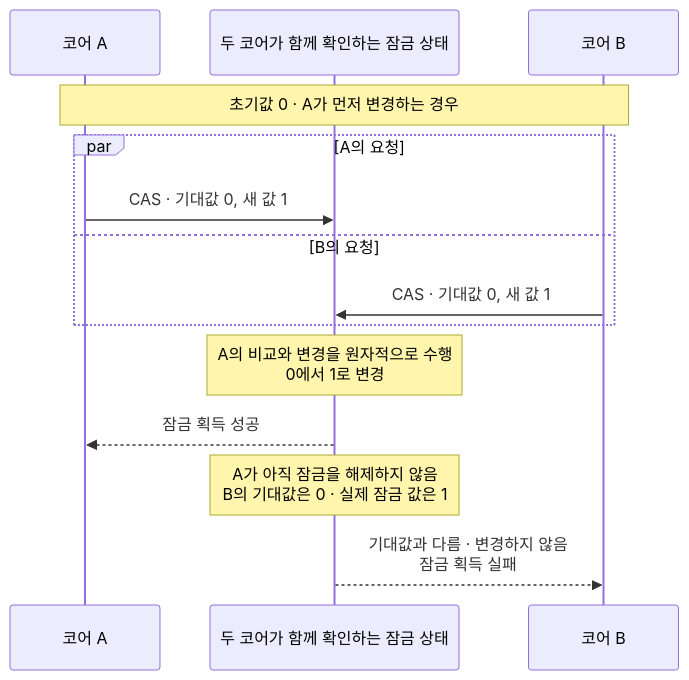
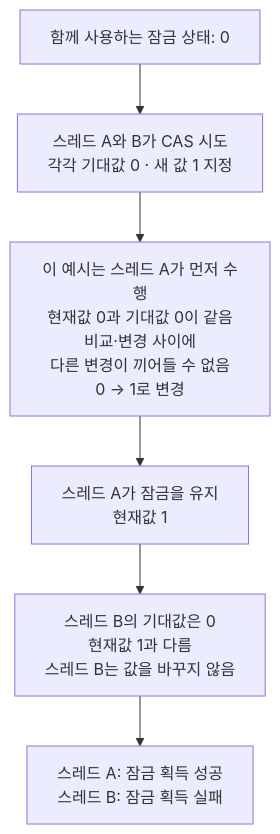
The fifth of 5 diagrams in content/posts/last-stock-ordering.md (owencity/owencity.github.io), drawn with Mermaid before and after one commit. The commit also changed other lines of this file and 1 other file, not shown here.

````diff
--- a/content/posts/last-stock-ordering.md
+++ b/content/posts/last-stock-ordering.md
@@ -110,17 +110,8 @@
 ```mermaid
-sequenceDiagram
-    participant A as 코어 A
-    participant L as 두 코어가 함께 확인하는 잠금 상태
-    participant B as 코어 B
-
-    Note over A,B: 초기값 0 · A가 먼저 변경하는 경우
-    par A의 요청
-        A->>L: CAS · 기대값 0, 새 값 1
-    and B의 요청
-        B->>L: CAS · 기대값 0, 새 값 1
-    end
-    Note over L: A의 비교와 변경을 원자적으로 수행<br/>0에서 1로 변경
-    L-->>A: 잠금 획득 성공
-    Note over L: A가 아직 잠금을 해제하지 않음<br/>B의 기대값은 0 · 실제 잠금 값은 1
-    L-->>B: 기대값과 다름 · 변경하지 않음<br/>잠금 획득 실패
+flowchart TD
+    initial["함께 사용하는 잠금 상태: 0"] --> request["스레드 A와 B가 CAS 시도<br/>각각 기대값 0 · 새 값 1 지정"]
+    request --> change["이 예시는 스레드 A가 먼저 수행<br/>현재값 0과 기대값 0이 같음<br/>비교·변경 사이에<br/>다른 변경이 끼어들 수 없음<br/>0 → 1로 변경"]
+    change --> hold["스레드 A가 잠금을 유지<br/>현재값 1"]
+    hold --> compare["스레드 B의 기대값은 0<br/>현재값 1과 다름<br/>스레드 B는 값을 바꾸지 않음"]
+    compare --> result["스레드 A: 잠금 획득 성공<br/>스레드 B: 잠금 획득 실패"]
 ```
````
